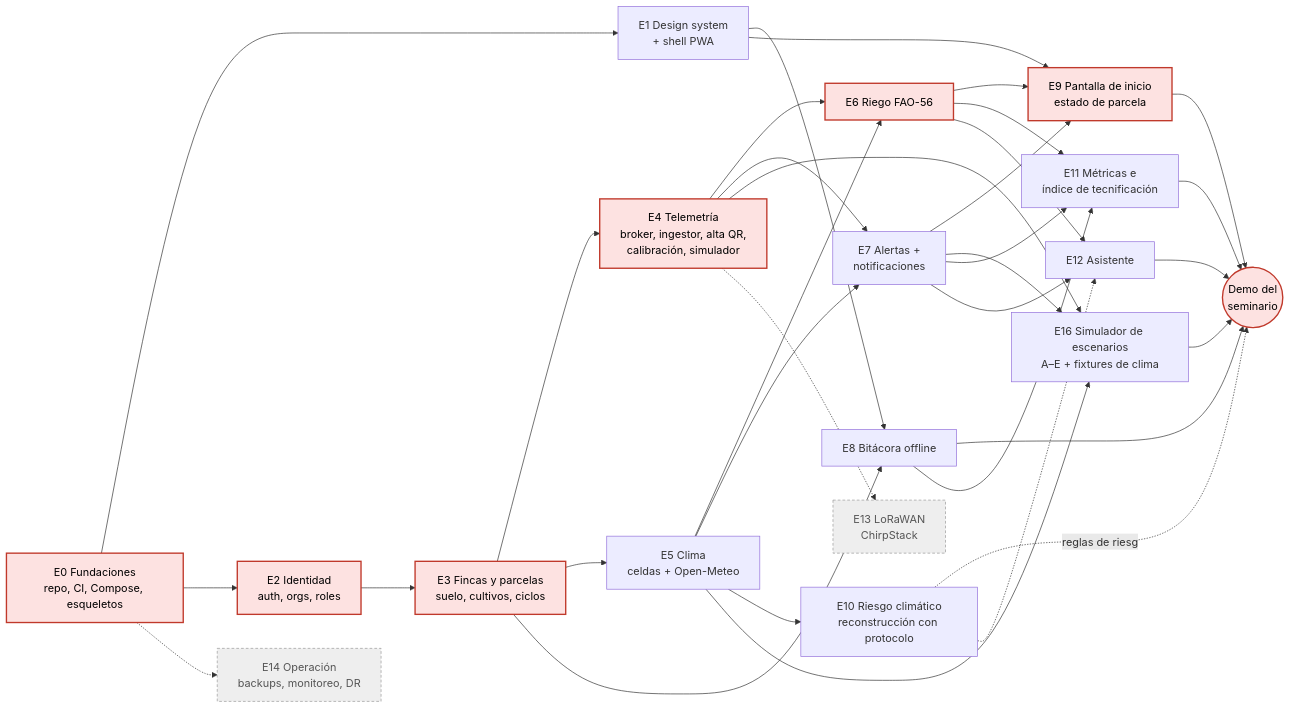
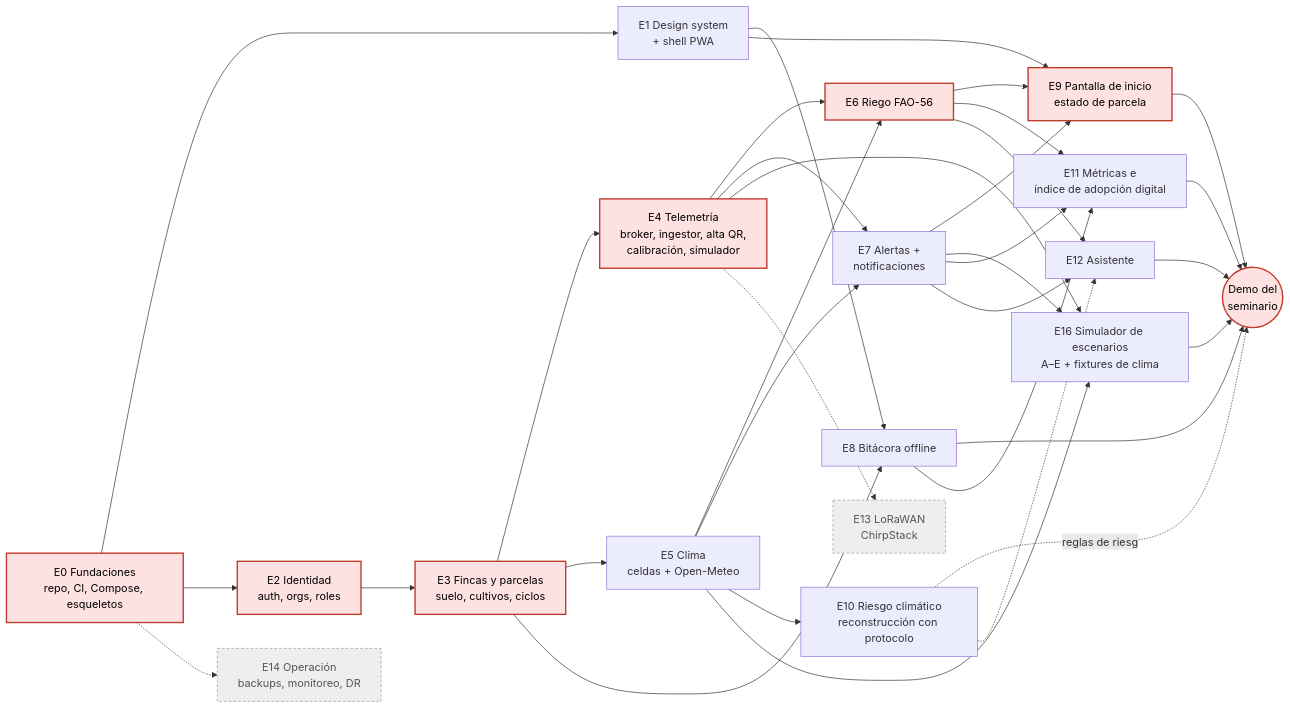
One commit to jab16jy/techcamp-v2 changed the first of 3 diagrams in docs/10-dag.md. Above: the diagram before and after it, drawn with Mermaid. The commit also changed other lines of this file and 10 other files, not shown here.

````diff
--- a/docs/10-dag.md
+++ b/docs/10-dag.md
@@ -9,51 +9,51 @@
 ```mermaid
 flowchart LR
   E0[E0 Fundaciones<br/>repo, CI, Compose, esqueletos]
   E1[E1 Design system<br/>+ shell PWA]
   E2[E2 Identidad<br/>auth, orgs, roles]
   E3[E3 Fincas y parcelas<br/>suelo, cultivos, ciclos]
   E4[E4 Telemetría<br/>broker, ingestor, alta QR,<br/>calibración, simulador]
   E5[E5 Clima<br/>celdas + Open-Meteo]
   E6[E6 Riego FAO-56]
   E7[E7 Alertas +<br/>notificaciones]
   E8[E8 Bitácora offline]
   E9[E9 Pantalla de inicio<br/>estado de parcela]
   E10[E10 Riesgo climático<br/>reconstrucción con protocolo]
-  E11[E11 Métricas e<br/>índice de tecnificación]
+  E11[E11 Métricas e<br/>índice de adopción digital]
   E12[E12 Asistente]
   E13[E13 LoRaWAN<br/>ChirpStack]
   E14[E14 Operación<br/>backups, monitoreo, DR]
   E16[E16 Simulador de escenarios<br/>A–E + fixtures de clima]
   E15((Demo del<br/>seminario))
 
   E0 --> E1
   E0 --> E2 --> E3 --> E4 --> E6 --> E9 --> E15
   E0 -.-> E14
   E3 --> E5
   E5 --> E6
   E4 --> E7
   E5 --> E7
   E7 --> E9
   E1 --> E8
   E3 --> E8
   E1 --> E9
   E5 --> E10
   E10 -.reglas de riesgo.-> E15
   E4 --> E16
   E5 --> E16
   E7 --> E16 --> E15
   E8 --> E15
   E6 --> E11
   E7 --> E11
   E8 --> E11 --> E15
   E6 --> E12
   E7 --> E12
   E10 -.-> E12
   E12 --> E15
   E4 -.-> E13
 
   classDef critical fill:#fde2e1,stroke:#c0392b,stroke-width:2px,color:#000
   class E0,E2,E3,E4,E6,E9,E15 critical
   classDef future fill:#eeeeee,stroke:#999999,stroke-dasharray:4 3,color:#555
   class E13,E14 future
 ```
````
